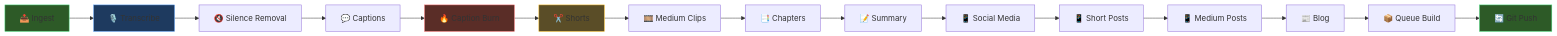
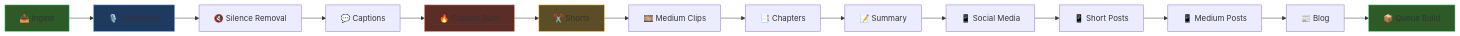
One commit to htekdev/vidpipe changed the first of 2 diagrams in README.md. Above: the diagram before and after it, drawn with Mermaid. The commit also changed other lines of this file and 59 other files, not shown here.

````diff
--- a/README.md
+++ b/README.md
@@ -317,23 +316,22 @@
 ```mermaid
 graph LR
     A[📥 Ingest] --> B[🎙️ Transcribe]
     B --> C[🔇 Silence Removal]
     C --> D[💬 Captions]
     D --> E[🔥 Caption Burn]
     E --> F[✂️ Shorts]
     F --> G[🎞️ Medium Clips]
     G --> H[📑 Chapters]
     H --> I[📝 Summary]
     I --> J[📱 Social Media]
     J --> K[📱 Short Posts]
     K --> L[📱 Medium Posts]
     L --> M[📰 Blog]
     M --> N[📦 Queue Build]
-    N --> O[🔄 Git Push]
 
     style A fill:#2d5a27,stroke:#4ade80
     style B fill:#1e3a5f,stroke:#60a5fa
     style E fill:#5a2d27,stroke:#f87171
     style F fill:#5a4d27,stroke:#fbbf24
-    style O fill:#2d5a27,stroke:#4ade80
+    style N fill:#2d5a27,stroke:#4ade80
 ```
````
